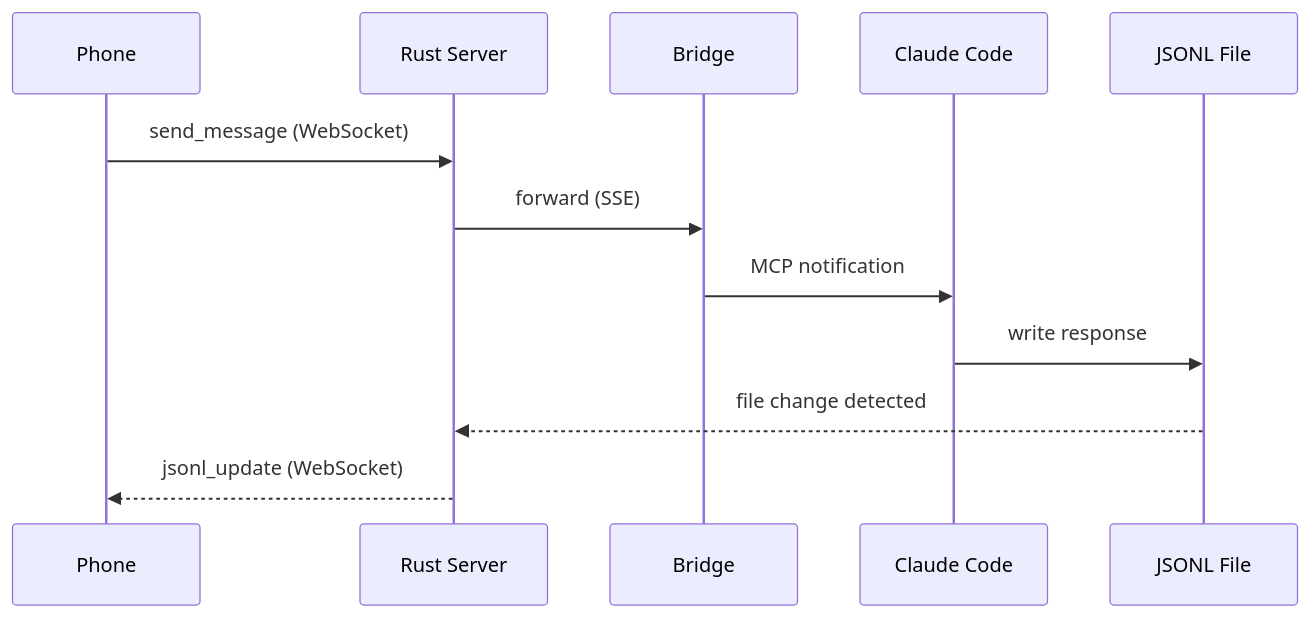
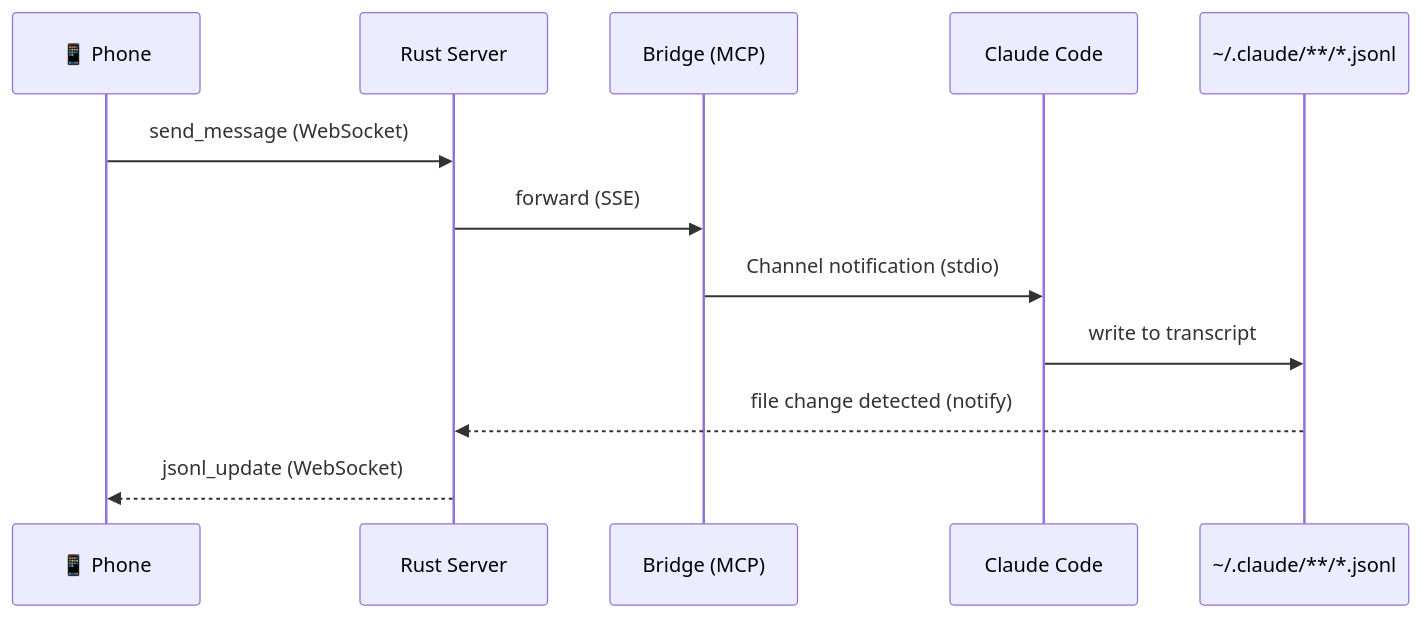
Before and after one commit to Lucas20000903/spire-remote-code: the first of 2 diagrams in README.md, drawn with Mermaid. The commit also changed other lines of this file, not shown here.

Commit message:
docs: simplify README — keep only data flow diagram

````diff
--- a/README.md
+++ b/README.md
@@ -194,15 +154,15 @@
 ```mermaid
 sequenceDiagram
-    participant P as Phone
+    participant P as 📱 Phone
     participant R as Rust Server
-    participant B as Bridge
+    participant B as Bridge (MCP)
     participant C as Claude Code
-    participant J as JSONL File
+    participant J as ~/.claude/**/*.jsonl
 
     P->>R: send_message (WebSocket)
     R->>B: forward (SSE)
-    B->>C: MCP notification
-    C->>J: write response
-    J-->>R: file change detected
+    B->>C: Channel notification (stdio)
+    C->>J: write to transcript
+    J-->>R: file change detected (notify)
     R-->>P: jsonl_update (WebSocket)
 ```
````
